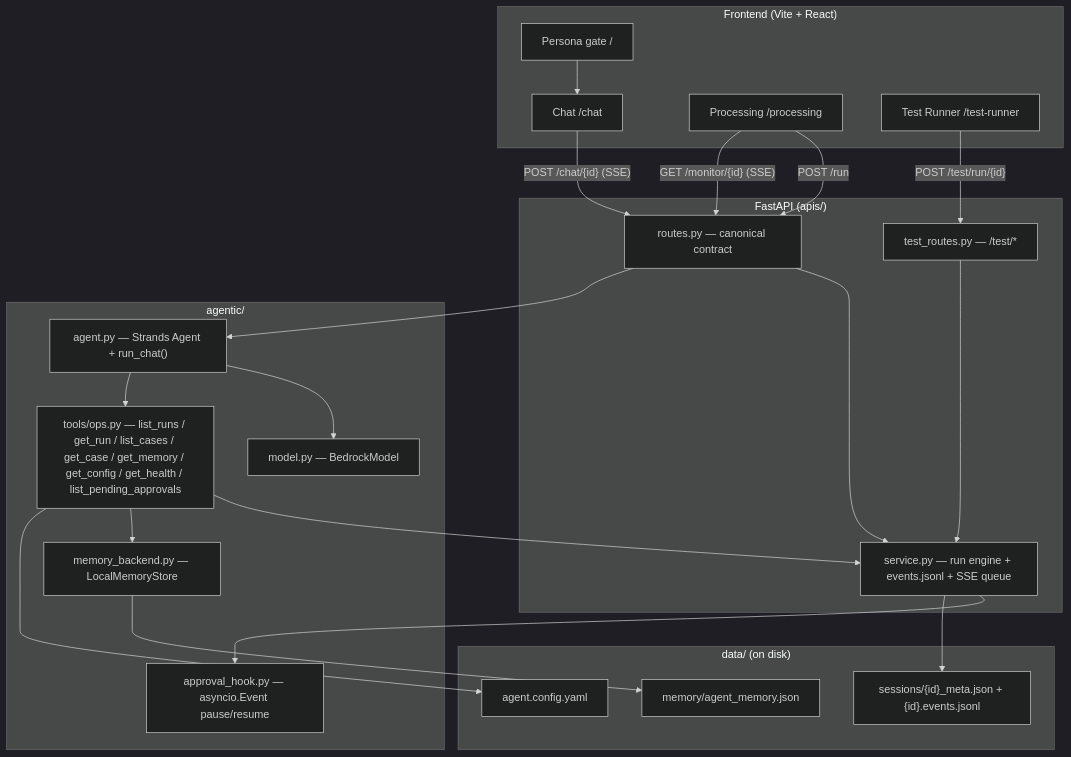
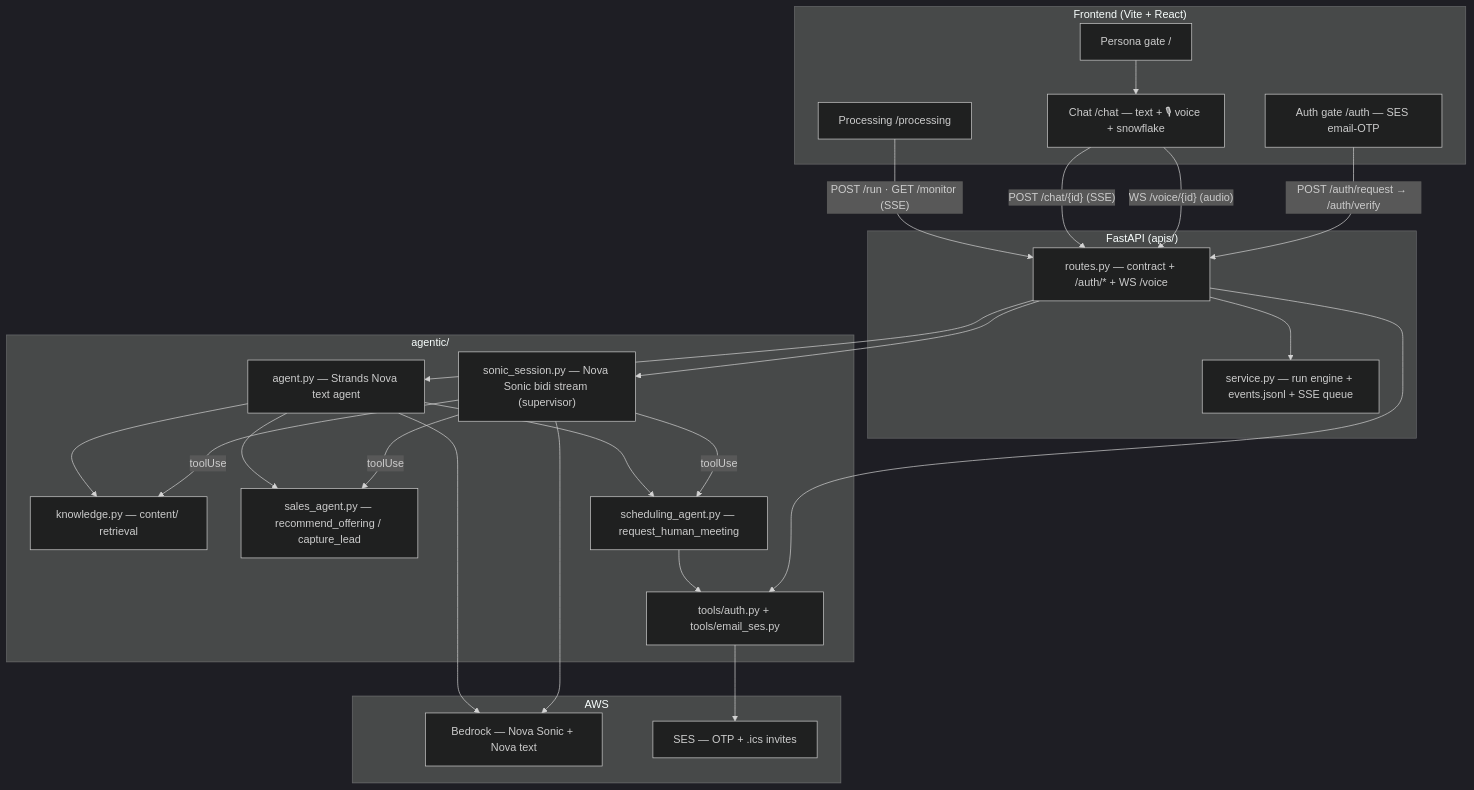
Before and after one commit to yaseengem/ai-lab: the diagram in demos/demo0/agents/agent5/architecture.md, drawn with Mermaid (dark theme). The commit also changed other lines of this file and 3 other files, not shown here.

````diff
--- a/demos/demo0/agents/agent5/architecture.md
+++ b/demos/demo0/agents/agent5/architecture.md
@@ -33,47 +32,44 @@
 ```mermaid
 flowchart TD
     subgraph FE["Frontend (Vite + React)"]
+        AUTH["Auth gate /auth — SES email-OTP"]
         GATE["Persona gate /"]
-        CHAT["Chat /chat"]
+        CHAT["Chat /chat — text + 🎙 voice + snowflake"]
         PROC["Processing /processing"]
-        TEST["Test Runner /test-runner"]
     end
 
     subgraph API["FastAPI (apis/)"]
-        ROUTES["routes.py — canonical contract"]
-        TROUTES["test_routes.py — /test/*"]
+        ROUTES["routes.py — contract + /auth/* + WS /voice"]
         SVC["service.py — run engine + events.jsonl + SSE queue"]
     end
 
     subgraph AGENTIC["agentic/"]
-        AGENT["agent.py — Strands Agent + run_chat()"]
-        TOOLS["tools/ops.py — list_runs / get_run / list_cases / get_case / get_memory / get_config / get_health / list_pending_approvals"]
-        HOOK["approval_hook.py — asyncio.Event pause/resume"]
-        MEM["memory_backend.py — LocalMemoryStore"]
-        MODEL["model.py — BedrockModel"]
+        SONIC["sonic_session.py — Nova Sonic bidi stream (supervisor)"]
+        AGENT["agent.py — Strands Nova text agent"]
+        KN["knowledge.py — content/ retrieval"]
+        SALES["sales_agent.py — recommend_offering / capture_lead"]
+        SCHED["scheduling_agent.py — request_human_meeting"]
+        AUTHT["tools/auth.py + tools/email_ses.py"]
     end
 
-    subgraph DISK["data/ (on disk)"]
-        SESS["sessions/{id}_meta.json + {id}.events.jsonl"]
-        MJSON["memory/agent_memory.json"]
-        CFG["agent.config.yaml"]
+    subgraph EXT["AWS"]
+        BR["Bedrock — Nova Sonic + Nova text"]
+        SES["SES — OTP + .ics invites"]
     end
 
+    AUTH -->|"POST /auth/request → /auth/verify"| ROUTES
     GATE --> CHAT
+    CHAT -->|"WS /voice/{id} (audio)"| ROUTES
     CHAT -->|"POST /chat/{id} (SSE)"| ROUTES
-    PROC -->|"POST /run"| ROUTES
-    PROC -->|"GET /monitor/{id} (SSE)"| ROUTES
-    TEST -->|"POST /test/run/{id}"| TROUTES
-
+    PROC -->|"POST /run · GET /monitor (SSE)"| ROUTES
     ROUTES --> SVC
-    TROUTES --> SVC
+    ROUTES --> SONIC
     ROUTES --> AGENT
-    AGENT --> MODEL
-    AGENT --> TOOLS
-    TOOLS --> SVC
-    TOOLS --> MEM
-    TOOLS --> CFG
-    SVC --> HOOK
-    SVC --> SESS
-    MEM --> MJSON
+    ROUTES --> AUTHT
+    SONIC -->|"toolUse"| KN & SALES & SCHED
+    AGENT --> KN & SALES & SCHED
+    SONIC --> BR
+    AGENT --> BR
+    AUTHT --> SES
+    SCHED --> AUTHT
 ```
````
